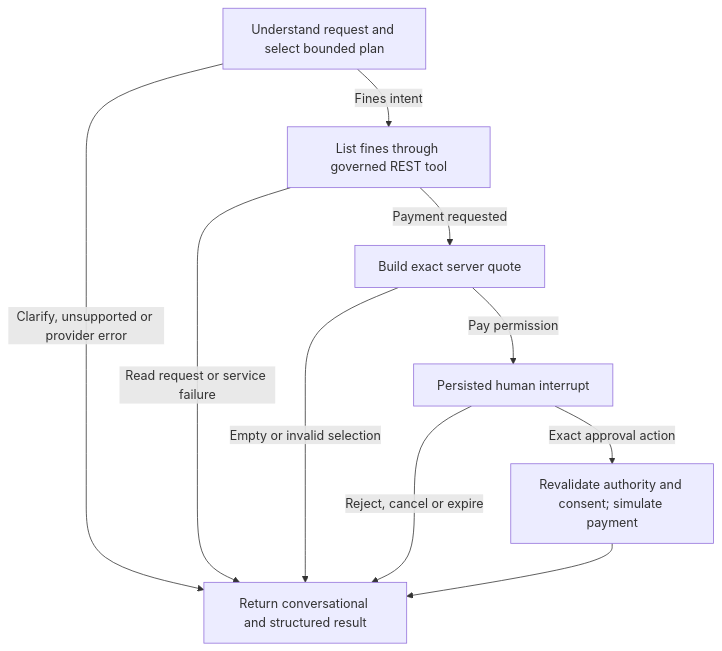
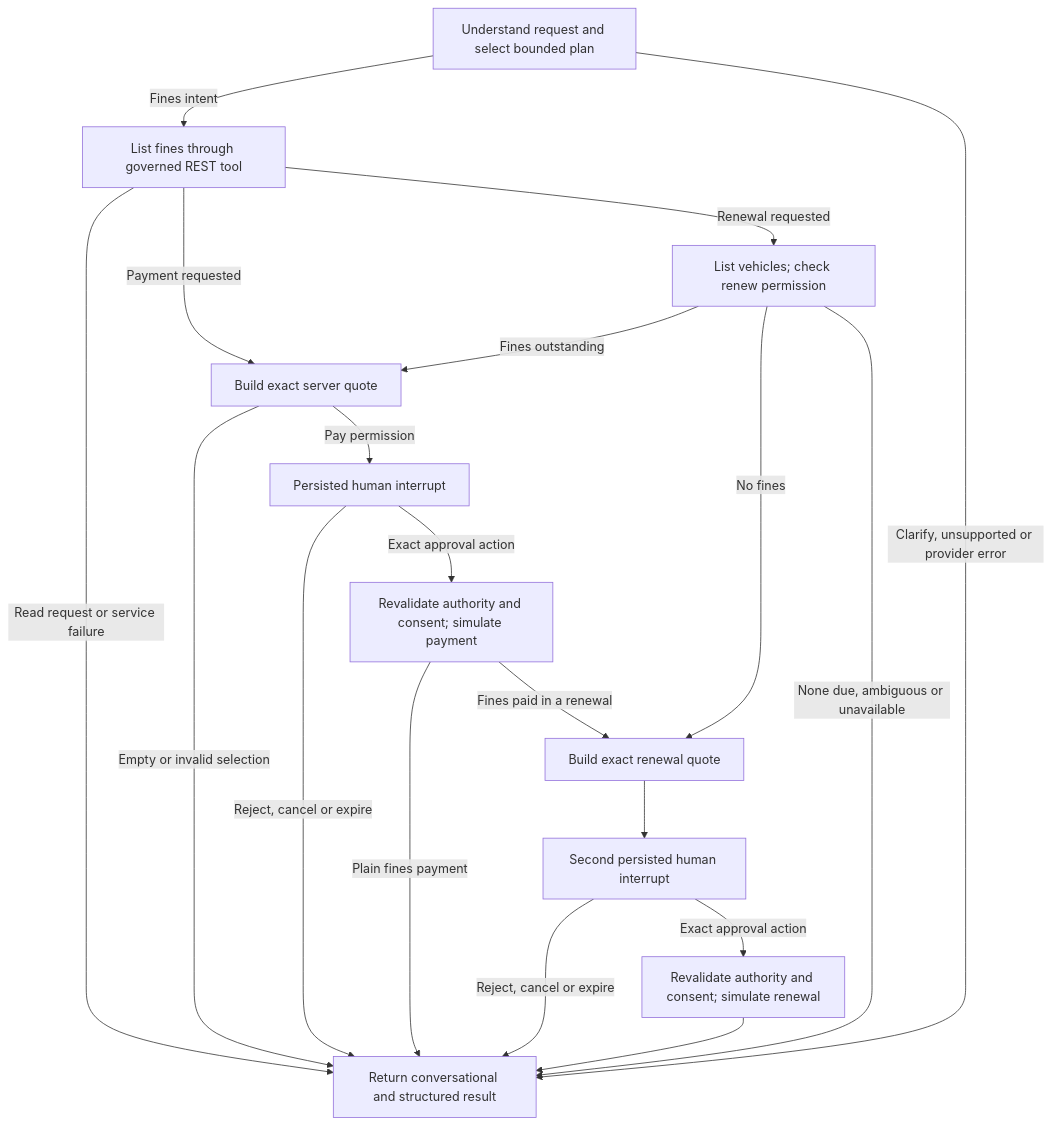
The diagram in docs/agent-flow.md (bassemZohdy/super-app-agent), drawn with Mermaid before and after one commit. The commit also changed other lines of this file and 11 other files, not shown here.

Commit message:
feat(agent): fines then registration renewal with a second approval (P1-04)

````diff
--- a/docs/agent-flow.md
+++ b/docs/agent-flow.md
@@ -5,12 +5,21 @@
 ```mermaid
 flowchart TD
   Understand["Understand request and select bounded plan"] -->|Fines intent| List["List fines through governed REST tool"]
   Understand -->|Clarify, unsupported or provider error| Respond["Return conversational and structured result"]
   List -->|Read request or service failure| Respond
   List -->|Payment requested| Prepare["Build exact server quote"]
+  List -->|Renewal requested| Vehicles["List vehicles; check renew permission"]
+  Vehicles -->|Fines outstanding| Prepare
+  Vehicles -->|No fines| RenewPrepare["Build exact renewal quote"]
+  Vehicles -->|None due, ambiguous or unavailable| Respond
   Prepare -->|Empty or invalid selection| Respond
   Prepare -->|Pay permission| Approval["Persisted human interrupt"]
   Approval -->|Reject, cancel or expire| Respond
   Approval -->|Exact approval action| Execute["Revalidate authority and consent; simulate payment"]
-  Execute --> Respond
+  Execute -->|Plain fines payment| Respond
+  Execute -->|Fines paid in a renewal| RenewPrepare
+  RenewPrepare --> RenewApproval["Second persisted human interrupt"]
+  RenewApproval -->|Reject, cancel or expire| Respond
+  RenewApproval -->|Exact approval action| RenewExecute["Revalidate authority and consent; simulate renewal"]
+  RenewExecute --> Respond
 ```
````
